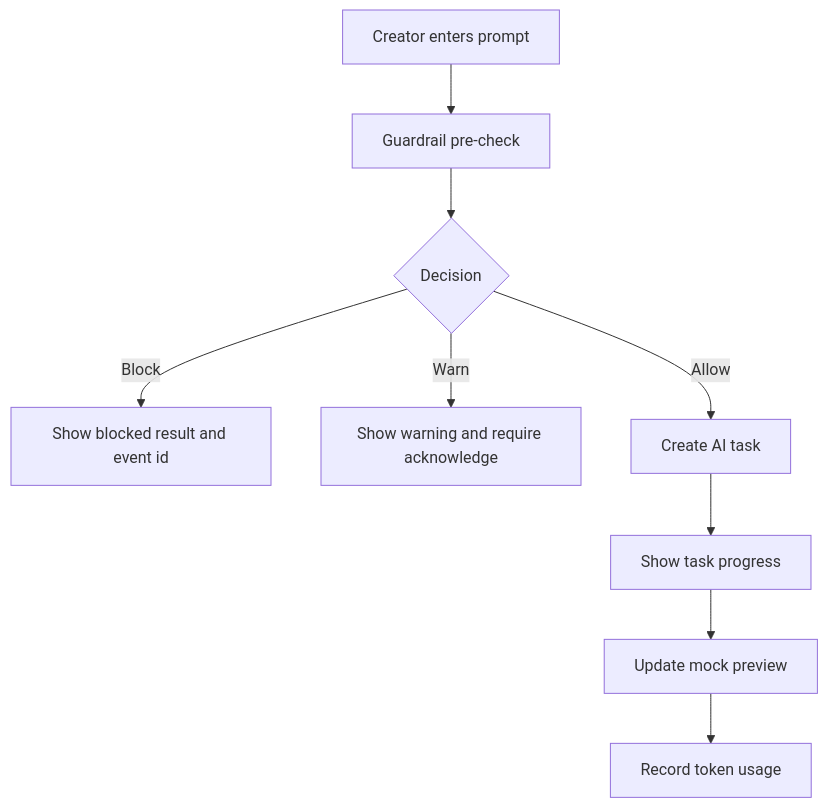
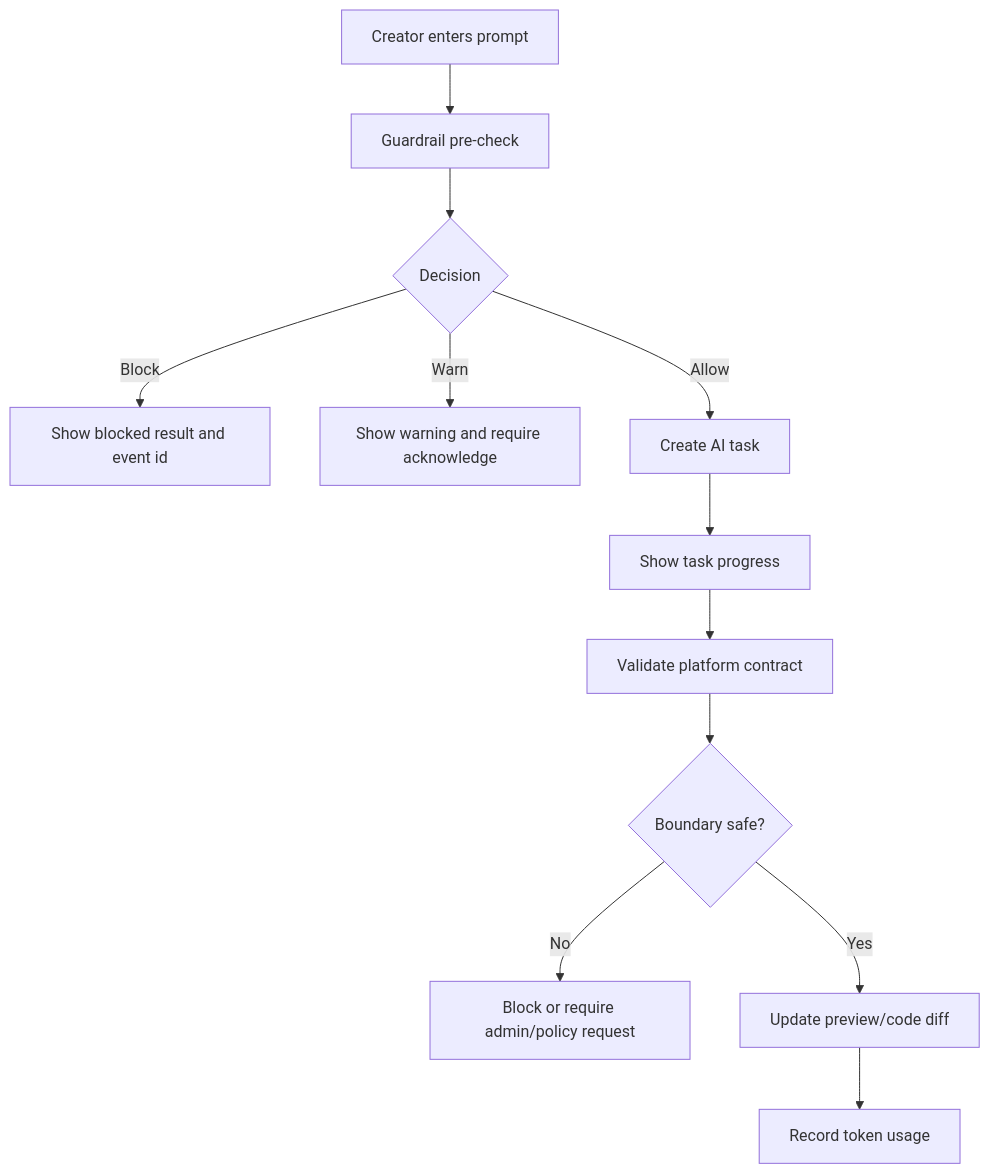
One commit to horizonxlabs/horizon changed the diagram in docs/design/sprint-4-ui-spec.md. Above: the diagram before and after it, drawn with Mermaid. The commit also changed other lines of this file and 58 other files, not shown here.

````diff
--- a/docs/design/sprint-4-ui-spec.md
+++ b/docs/design/sprint-4-ui-spec.md
@@ -25,11 +29,14 @@
 ```mermaid
 flowchart TD
   A["Creator enters prompt"] --> B["Guardrail pre-check"]
   B --> C{"Decision"}
   C -->|Block| D["Show blocked result and event id"]
   C -->|Warn| E["Show warning and require acknowledge"]
   C -->|Allow| F["Create AI task"]
   F --> G["Show task progress"]
-  G --> H["Update mock preview"]
-  H --> I["Record token usage"]
+  G --> H["Validate platform contract"]
+  H --> I{"Boundary safe?"}
+  I -->|No| J["Block or require admin/policy request"]
+  I -->|Yes| K["Update preview/code diff"]
+  K --> L["Record token usage"]
 ```
````
